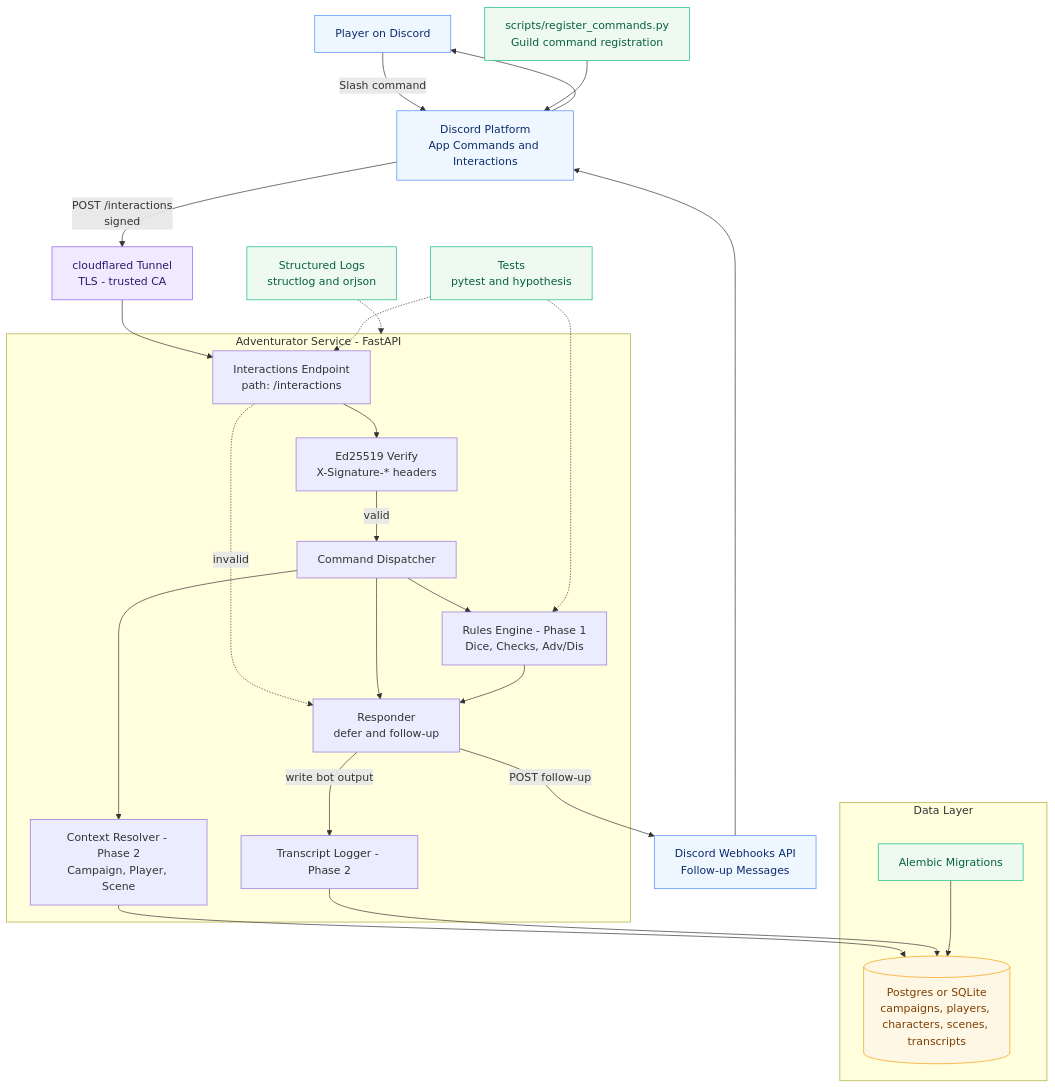
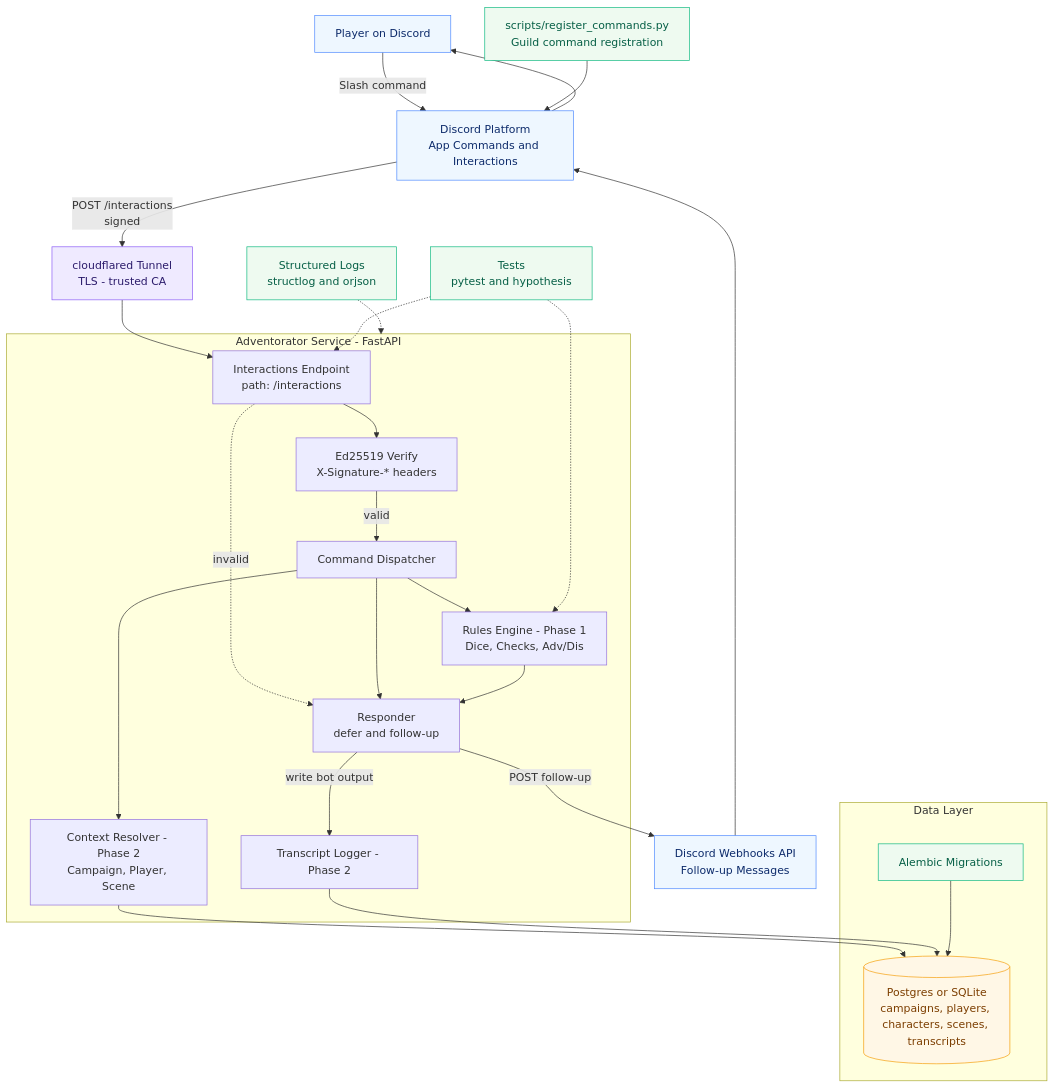
Before and after one commit to crashtestbrandt/Adventurator: the first of 2 diagrams in README.md, drawn with Mermaid. The commit also changed other lines of this file and 13 other files, not shown here.

````diff
--- a/README.md
+++ b/README.md
@@ -53,71 +53,71 @@
 ```mermaid
 flowchart TD
   %% === External ===
   U[Player on Discord]:::ext
   DP[Discord Platform<br/>App Commands and Interactions]:::ext
   WH[Discord Webhooks API<br/>Follow-up Messages]:::ext
 
   %% === Network Edge ===
   CF[cloudflared Tunnel<br/>TLS - trusted CA]:::edge
 
   %% === App ===
-  subgraph APP[Adventurator Service - FastAPI]
+  subgraph APP[Adventorator Service - FastAPI]
     A[Interactions Endpoint<br/>path: /interactions]
     SIG[Ed25519 Verify<br/>X-Signature-* headers]
     DISP[Command Dispatcher]
     RESP[Responder<br/>defer and follow-up]
     RULES[Rules Engine - Phase 1<br/>Dice, Checks, Adv/Dis]
     CTX[Context Resolver - Phase 2<br/>Campaign, Player, Scene]
     TRANS[Transcript Logger - Phase 2]
   end
 
   %% === Data ===
   subgraph DATA[Data Layer]
     DB[(Postgres or SQLite<br/>campaigns, players, characters, scenes, transcripts)]:::data
     MIG[Alembic Migrations]:::ops
   end
 
   %% === Tooling ===
   REG[scripts/register_commands.py<br/>Guild command registration]:::ops
   LOG[Structured Logs<br/>structlog and orjson]:::ops
   TEST[Tests<br/>pytest and hypothesis]:::ops
 
   %% === Flows ===
   U -->|Slash command| DP
   DP -->|POST /interactions<br/>signed| CF
   CF --> A
 
   A --> SIG
   SIG -->|valid| DISP
   A -.->|invalid| RESP
 
   %% Phase 0: immediate defer
   DISP --> RESP
 
   %% Phase 1: deterministic mechanics
   DISP --> RULES
   RULES --> RESP
 
   %% Phase 2: persistence and context
   DISP --> CTX
   CTX --> DB
   RESP -->|write bot output| TRANS
   TRANS --> DB
 
   %% Follow-up delivery
   RESP -->|POST follow-up| WH
   WH --> DP --> U
 
   %% Tooling edges
   REG --> DP
   MIG --> DB
   TEST -.-> RULES
   TEST -.-> A
   LOG -.-> APP
 
   %% Styles
   classDef ext  fill:#eef7ff,stroke:#4e89ff,stroke-width:1px,color:#0d2b6b
   classDef edge fill:#efeaff,stroke:#8b5cf6,stroke-width:1px,color:#2b1b6b
   classDef data fill:#fff7e6,stroke:#f59e0b,stroke-width:1px,color:#7c3e00
   classDef ops  fill:#eefaf0,stroke:#10b981,stroke-width:1px,color:#065f46 
 ```
````
